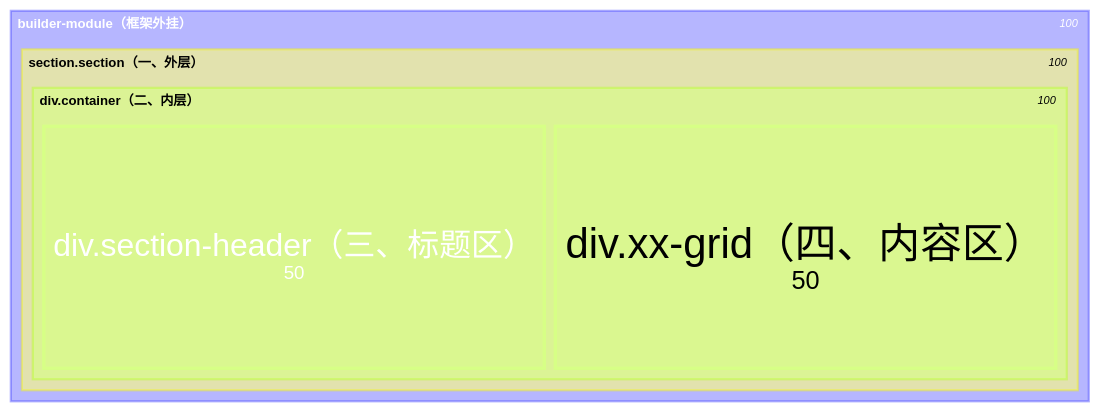
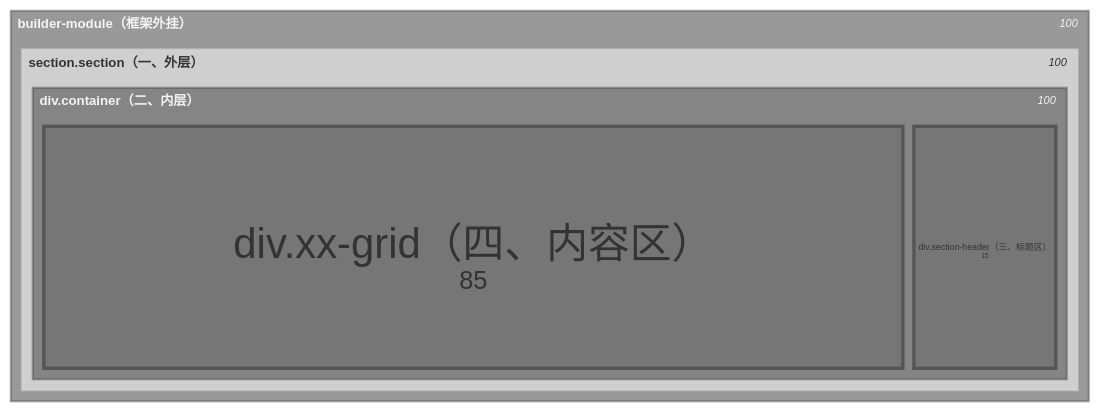
The diagram in .claude/skills/template-new-block/reference/block-structure.md (jjq-git/mycompany.website), drawn with Mermaid before and after one commit. The commit also changed 1 other file, not shown here.

````diff
--- a/.claude/skills/template-new-block/reference/block-structure.md
+++ b/.claude/skills/template-new-block/reference/block-structure.md
@@ -25,12 +25,12 @@
 ```mermaid
 ---
 config:
-  theme: default
+  theme: neutral
 ---
 treemap-beta
 "builder-module（框架外挂）"
     "section.section（一、外层）"
         "div.container（二、内层）"
-            "div.section-header（三、标题区）": 50
-            "div.xx-grid（四、内容区）": 50
+            "div.section-header（三、标题区）": 15
+            "div.xx-grid（四、内容区）": 85
 ```
````
